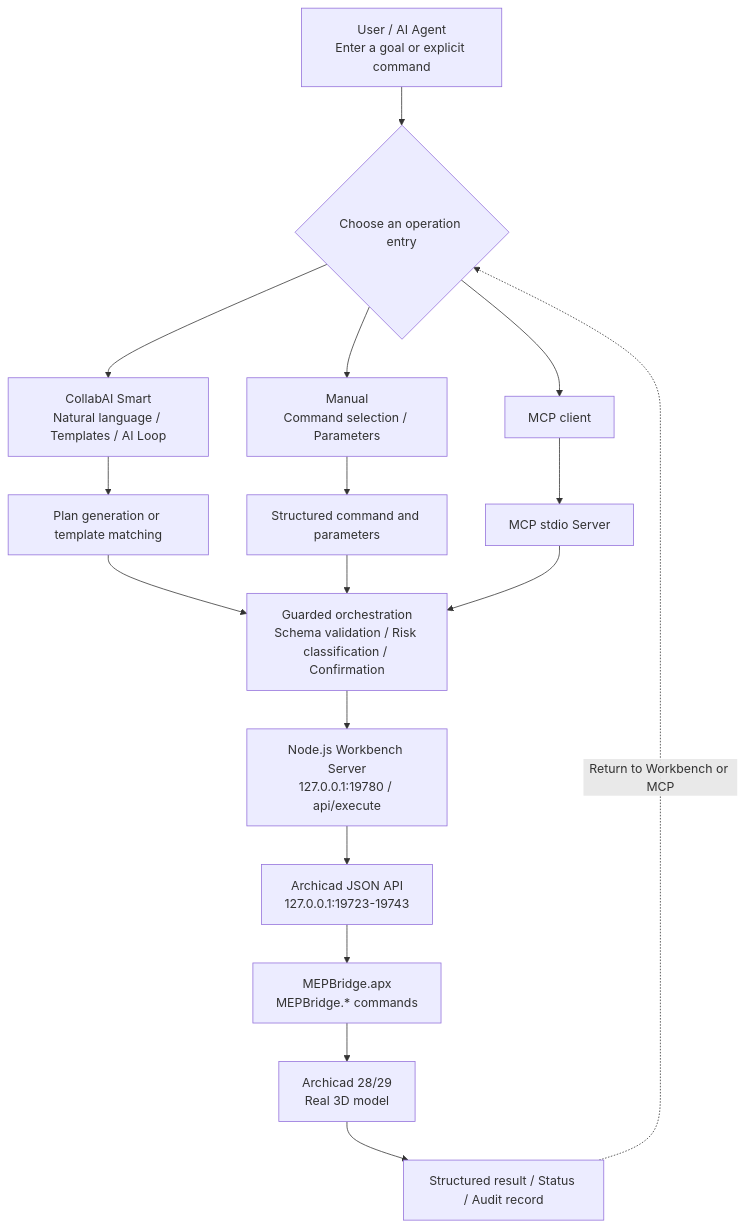
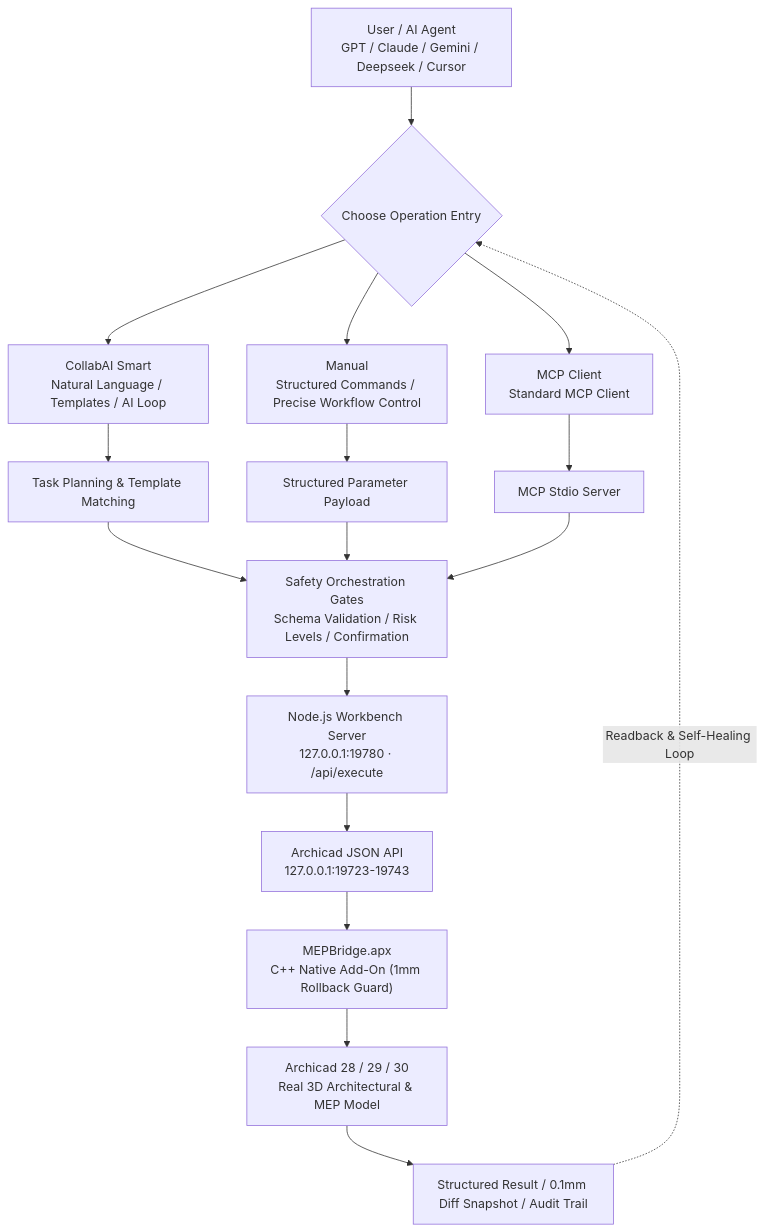
Before and after one commit to bleufeng/mepbridge-acaistr: the diagram in README.md, drawn with Mermaid. The commit also changed other lines of this file and 3 other files, not shown here.

````diff
--- a/README.md
+++ b/README.md
@@ -105,19 +108,19 @@
 ```mermaid
 flowchart TB
-    A["User / AI Agent<br/>Enter a goal or explicit command"] --> B{"Choose an operation entry"}
-    B --> C["CollabAI Smart<br/>Natural language / Templates / AI Loop"]
-    B --> D["Manual<br/>Command selection / Parameters"]
-    B --> E["MCP client"]
-    E --> F["MCP stdio Server"]
-    C --> G["Plan generation or template matching"]
-    D --> H["Structured command and parameters"]
-    G --> I["Guarded orchestration<br/>Schema validation / Risk classification / Confirmation"]
+    A["User / AI Agent<br/>GPT / Claude / Gemini / Deepseek / Cursor"] --> B{"Choose Operation Entry"}
+    B --> C["CollabAI Smart<br/>Natural Language / Templates / AI Loop"]
+    B --> D["Manual<br/>Structured Commands / Precise Workflow Control"]
+    B --> E["MCP Client<br/>Standard MCP Client"]
+    E --> F["MCP Stdio Server"]
+    C --> G["Task Planning & Template Matching"]
+    D --> H["Structured Parameter Payload"]
+    G --> I["Safety Orchestration Gates<br/>Schema Validation / Risk Levels / Confirmation"]
     H --> I
     F --> I
-    I --> J["Node.js Workbench Server<br/>127.0.0.1:19780 / api/execute"]
+    I --> J["Node.js Workbench Server<br/>127.0.0.1:19780 · /api/execute"]
     J --> K["Archicad JSON API<br/>127.0.0.1:19723-19743"]
-    K --> L["MEPBridge.apx<br/>MEPBridge.* commands"]
-    L --> M["Archicad 28/29<br/>Real 3D model"]
-    M --> N["Structured result / Status / Audit record"]
-    N -. "Return to Workbench or MCP" .-> B
+    K --> L["MEPBridge.apx<br/>C++ Native Add-On (1mm Rollback Guard)"]
+    L --> M["Archicad 28 / 29 / 30<br/>Real 3D Architectural & MEP Model"]
+    M --> N["Structured Result / 0.1mm Diff Snapshot / Audit Trail"]
+    N -. "Readback & Self-Healing Loop" .-> B
 ```
````
